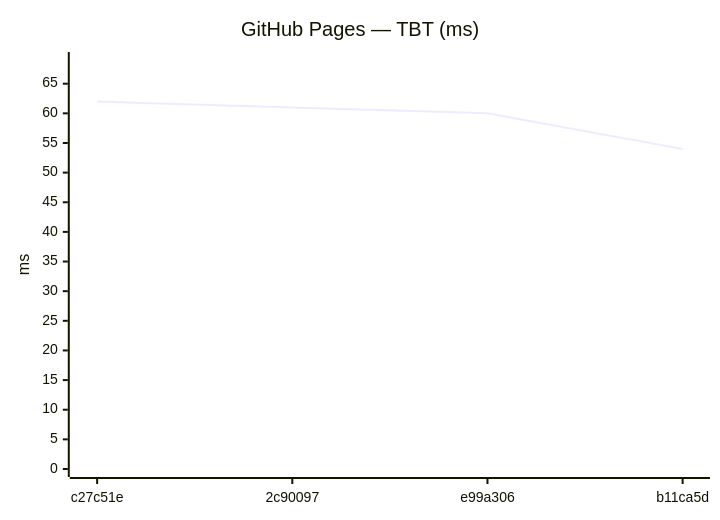
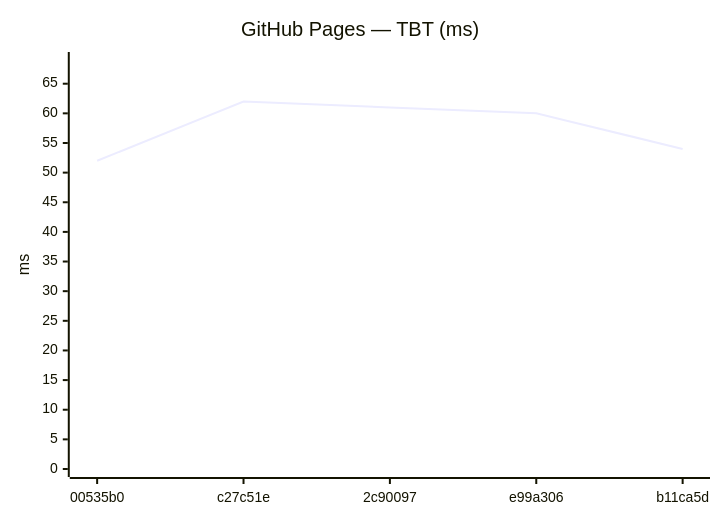
One commit to Metaheurist/Rianell changed diagram 12 of 24 in benchmarks/compare.md. Above: the diagram before and after it, drawn with Mermaid. The commit also changed other lines of this file and 12 other files, not shown here.

````diff
--- a/benchmarks/compare.md
+++ b/benchmarks/compare.md
@@ -150,7 +156,7 @@
 ```mermaid
 xychart-beta
     title "GitHub Pages — TBT (ms)"
-    x-axis ["c27c51e", "2c90097", "e99a306", "b11ca5d"]
+    x-axis ["00535b0", "c27c51e", "2c90097", "e99a306", "b11ca5d"]
     y-axis "ms" 0 --> 69
-    line [62, 61, 60, 54]
+    line [52, 62, 61, 60, 54]
 ```
````
